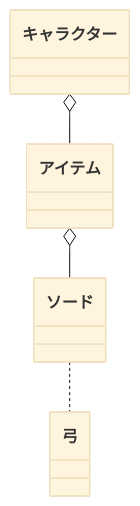
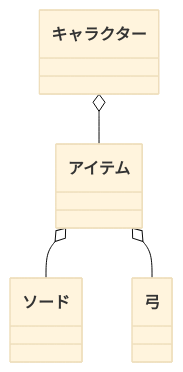
Before and after one commit to tpu-game-2023/mermaid_test: the third of 3 diagrams in README.md, drawn with Mermaid (base theme).

````diff
--- a/README.md
+++ b/README.md
@@ -65,6 +65,6 @@
 ```mermaid
 classDiagram
     キャラクター o-- アイテム
     アイテム o-- ソード
-    ソード..弓
+    アイテム o-- 弓
 ```
````
